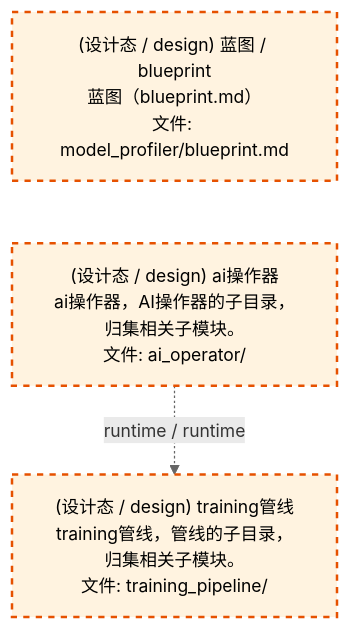
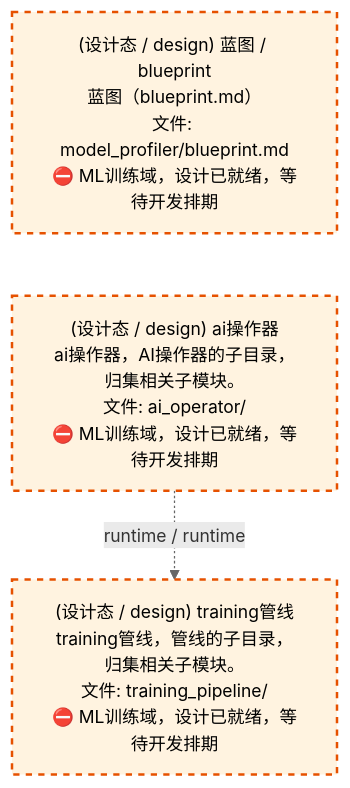
The third of 4 diagrams in docs/02_enterprise_architecture/02_domain_architecture_docs/61_d_ml_train.md (xuanFelixVan/ZephyrAlpha), drawn with Mermaid before and after one commit. The commit also changed other lines of this file and 50 other files, not shown here.

````diff
--- a/docs/02_enterprise_architecture/02_domain_architecture_docs/61_d_ml_train.md
+++ b/docs/02_enterprise_architecture/02_domain_architecture_docs/61_d_ml_train.md
@@ -119,14 +119,14 @@
 ```mermaid
 %%{init: {'theme': 'base', 'themeVariables': {'primaryColor': '#eaeaea', 'primaryTextColor': '#333333', 'primaryBorderColor': '#666666', 'lineColor': '#666666', 'secondaryColor': '#eaeaea', 'tertiaryColor': '#eaeaea', 'fontSize': '14px'}}}%%
 flowchart TD
-    docs_03_modules_cross_layer_model_profiler_blueprint_md["(设计态 / design) 蓝图 / blueprint<br/>蓝图（blueprint.md）<br/>文件: model_profiler/blueprint.md"]
-    src_zephyr_ml_train_ai_operator["(设计态 / design) ai操作器<br/>ai操作器，AI操作器的子目录，归集相关子模块。<br/>文件: ai_operator/"]
+    docs_03_modules_cross_layer_model_profiler_blueprint_md["(设计态 / design) 蓝图 / blueprint<br/>蓝图（blueprint.md）<br/>文件: model_profiler/blueprint.md<br/>⛔ ML训练域，设计已就绪，等待开发排期"]
+    src_zephyr_ml_train_ai_operator["(设计态 / design) ai操作器<br/>ai操作器，AI操作器的子目录，归集相关子模块。<br/>文件: ai_operator/<br/>⛔ ML训练域，设计已就绪，等待开发排期"]
     docs_03_modules_cross_layer_model_profiler_blueprint_md ~~~ src_zephyr_ml_train_ai_operator
-    src_zephyr_ml_train_training_pipeline["(设计态 / design) training管线<br/>training管线，管线的子目录，归集相关子模块。<br/>文件: training_pipeline/"]
+    src_zephyr_ml_train_training_pipeline["(设计态 / design) training管线<br/>training管线，管线的子目录，归集相关子模块。<br/>文件: training_pipeline/<br/>⛔ ML训练域，设计已就绪，等待开发排期"]
     src_zephyr_ml_train_ai_operator -.->|runtime / runtime| src_zephyr_ml_train_training_pipeline
     classDef production fill:#e1f5fe,stroke:#01579b,stroke-width:2px,color:#000
     classDef design fill:#fff3e0,stroke:#e65100,stroke-width:2px,color:#000,stroke-dasharray: 5 5
     classDef external_prod fill:#e8f4fd,stroke:#0277bd,stroke-width:1px,color:#000
     classDef external_design fill:#fff8e7,stroke:#ef6c00,stroke-width:1px,color:#000,stroke-dasharray: 5 5
     class docs_03_modules_cross_layer_model_profiler_blueprint_md,src_zephyr_ml_train_ai_operator,src_zephyr_ml_train_training_pipeline design
 ```
````
